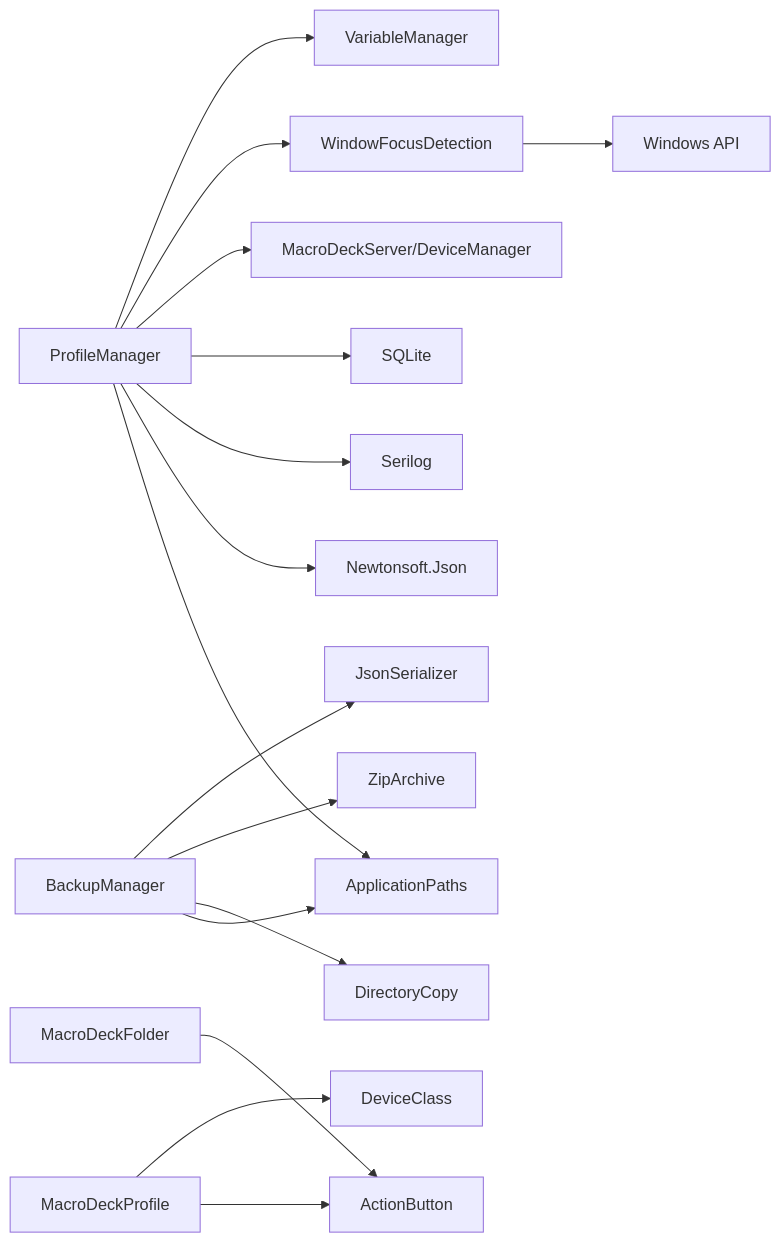
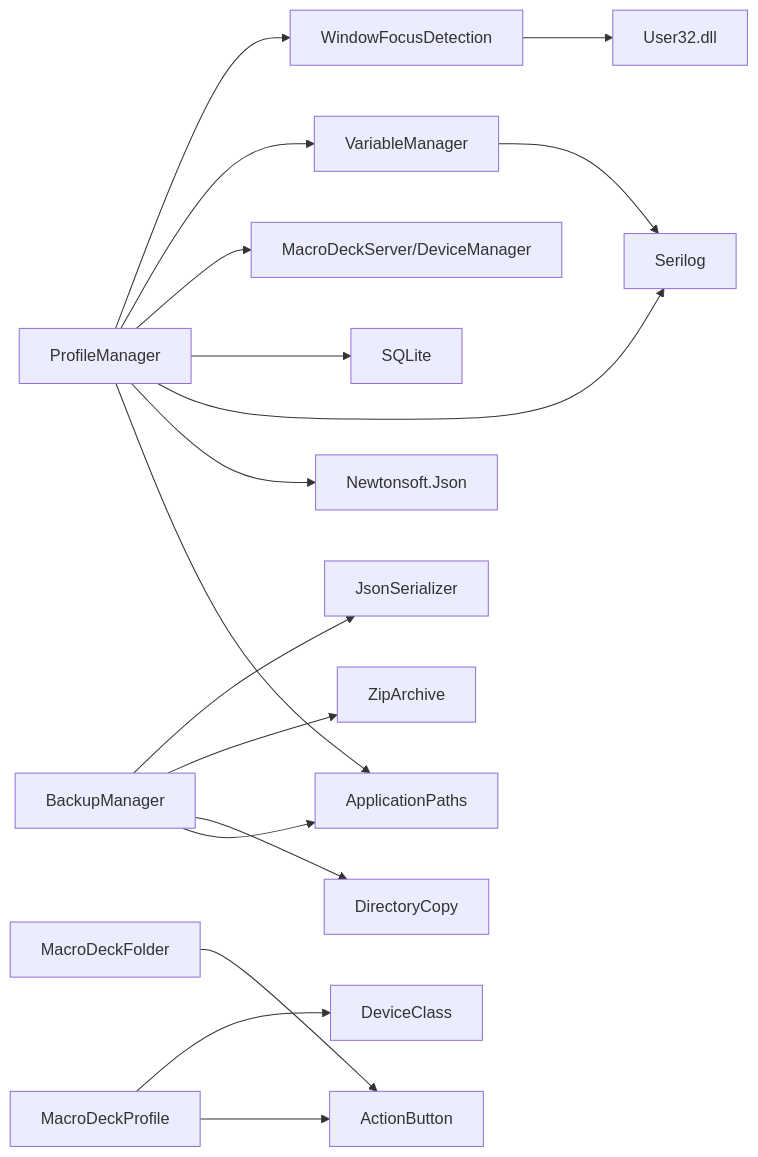
One commit to tea4go/Macro-Deck changed the seventh of 7 diagrams in .qoder/repowiki/zh/content/配置管理系统/配置文件管理.md. Above: the diagram before and after it, drawn with Mermaid. The commit also changed other lines of this file and 63 other files, not shown here.

````diff
--- a/.qoder/repowiki/zh/content/配置管理系统/配置文件管理.md
+++ b/.qoder/repowiki/zh/content/配置管理系统/配置文件管理.md
@@ -452,18 +493,19 @@
 ```mermaid
 graph LR
 PM["ProfileManager"] --> AP["ApplicationPaths"]
 PM --> NJ["Newtonsoft.Json"]
 PM --> SL["Serilog"]
 PM --> SQ["SQLite"]
 PM --> MDS["MacroDeckServer/DeviceManager"]
+PM --> VM["VariableManager"]
 PM --> WFD["WindowFocusDetection"]
-PM --> VM["VariableManager"]
 BD["BackupManager"] --> AP
 BD --> DC["DirectoryCopy"]
 BD --> ZF["ZipArchive"]
 BD --> JS["JsonSerializer"]
 MP["MacroDeckProfile"] --> AD["ActionButton"]
 MP --> DCls["DeviceClass"]
 MF["MacroDeckFolder"] --> AD
-WFD --> WINAPI["Windows API"]
+WFD --> UA["User32.dll"]
+VM --> SL
 ```
````
